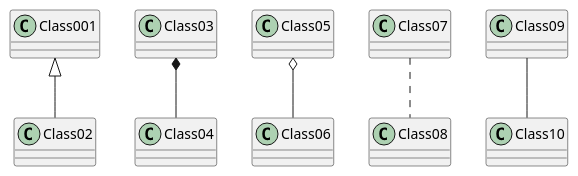
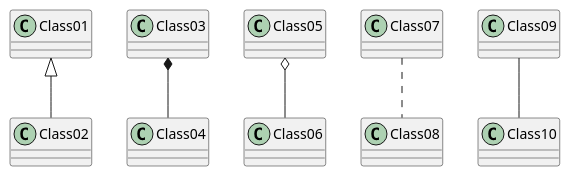
The diagram in example/sample-class.pu (HowRuck/generate-plantuml-action), drawn with PlantUML before and after one commit.

```diff
--- a/example/sample-class.pu
+++ b/example/sample-class.pu
@@ -1,7 +1,7 @@
 @startuml
-Class001 <|-- Class02
+Class01 <|-- Class02
 Class03 *-- Class04
 Class05 o-- Class06
 Class07 .. Class08
 Class09 -- Class10
 @enduml
```
